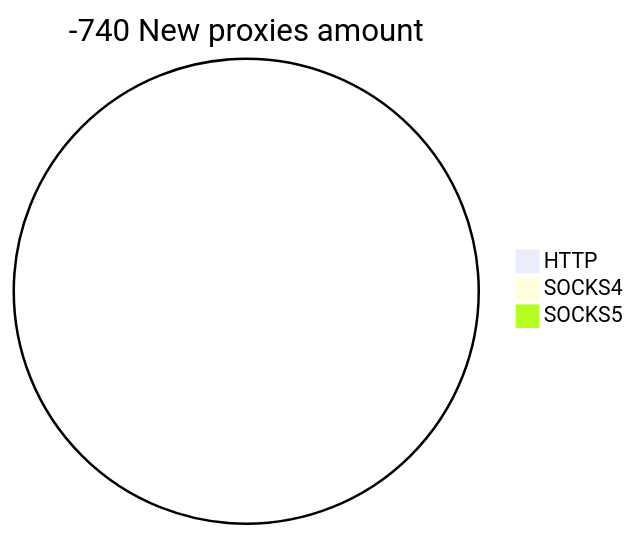
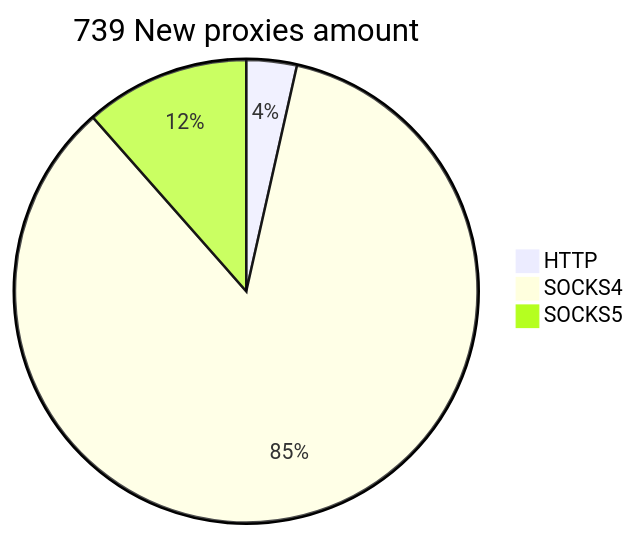
Before and after one commit to cutipu/proxylist: the second of 2 diagrams in README.md, drawn with Mermaid. The commit also changed other lines of this file, not shown here.

````diff
--- a/README.md
+++ b/README.md
@@ -10,6 +10,6 @@
 ```mermaid
-pie title -740 New proxies amount
-    "HTTP" : 0
-    "SOCKS4" : 0
-    "SOCKS5" : 0
+pie title 739 New proxies amount
+    "HTTP" : 26
+    "SOCKS4" : 628
+    "SOCKS5" : 85
 ```
````
